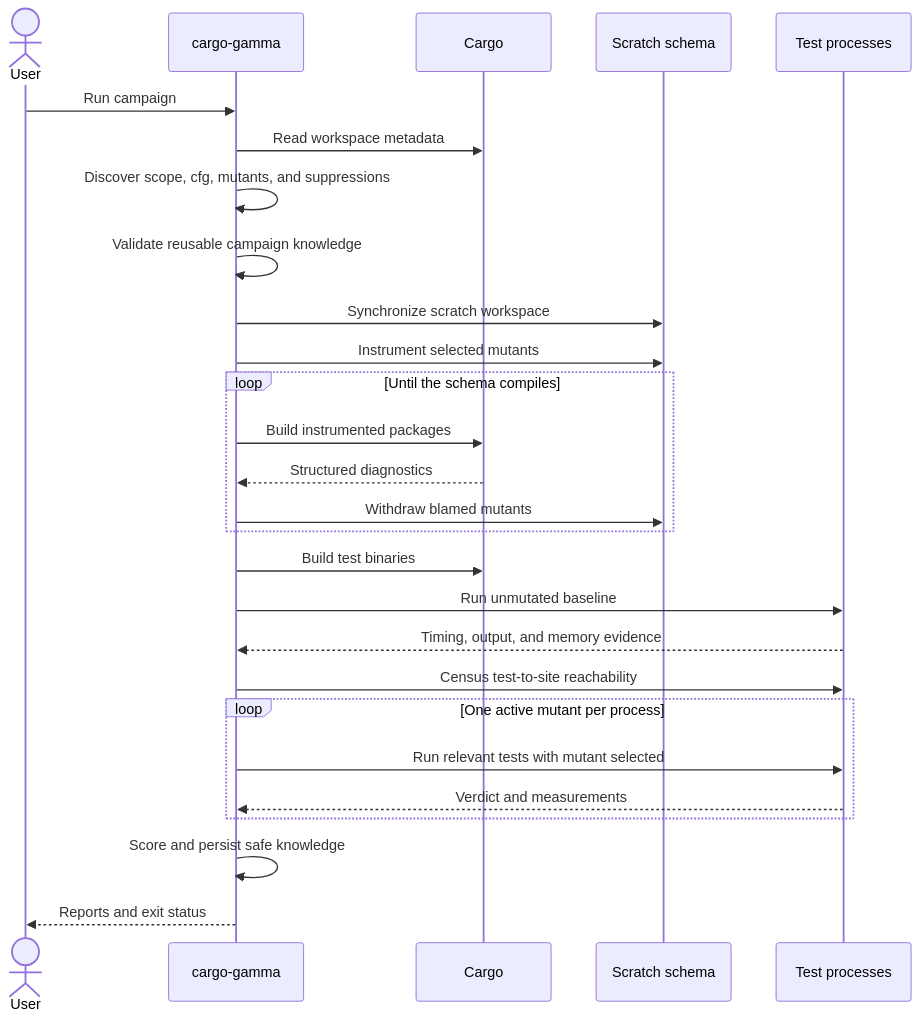
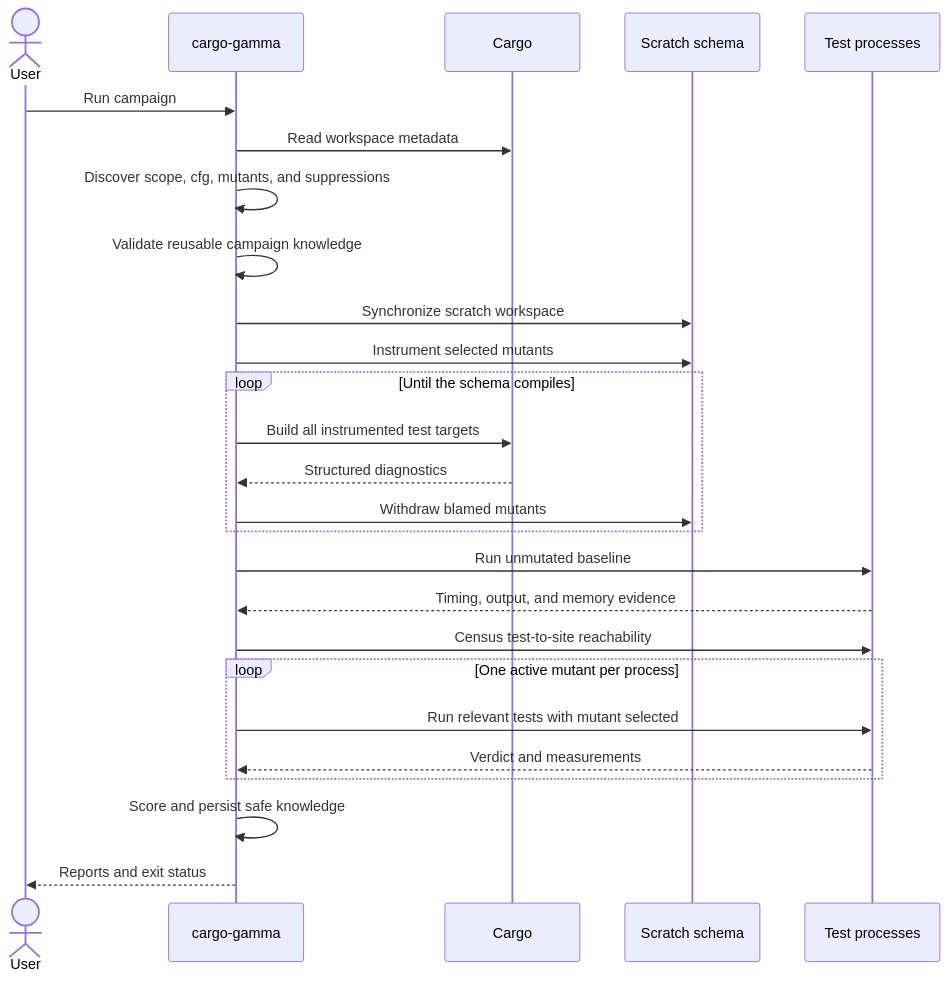
The third of 3 diagrams in crates/cargo-gamma/docs/DESIGN.md (AustinAviv/ox-tools), drawn with Mermaid before and after one commit. The commit also changed other lines of this file and 222 other files, not shown here.

````diff
--- a/crates/cargo-gamma/docs/DESIGN.md
+++ b/crates/cargo-gamma/docs/DESIGN.md
@@ -150,34 +150,33 @@
 ```mermaid
 sequenceDiagram
     actor User
     participant Gamma as cargo-gamma
     participant Cargo
     participant Schema as Scratch schema
     participant Tests as Test processes
 
     User->>Gamma: Run campaign
     Gamma->>Cargo: Read workspace metadata
     Gamma->>Gamma: Discover scope, cfg, mutants, and suppressions
     Gamma->>Gamma: Validate reusable campaign knowledge
     Gamma->>Schema: Synchronize scratch workspace
     Gamma->>Schema: Instrument selected mutants
 
     loop Until the schema compiles
-        Gamma->>Cargo: Build instrumented packages
+        Gamma->>Cargo: Build all instrumented test targets
         Cargo-->>Gamma: Structured diagnostics
         Gamma->>Schema: Withdraw blamed mutants
     end
 
-    Gamma->>Cargo: Build test binaries
     Gamma->>Tests: Run unmutated baseline
     Tests-->>Gamma: Timing, output, and memory evidence
     Gamma->>Tests: Census test-to-site reachability
 
     loop One active mutant per process
         Gamma->>Tests: Run relevant tests with mutant selected
         Tests-->>Gamma: Verdict and measurements
     end
 
     Gamma->>Gamma: Score and persist safe knowledge
     Gamma-->>User: Reports and exit status
 ```
````
